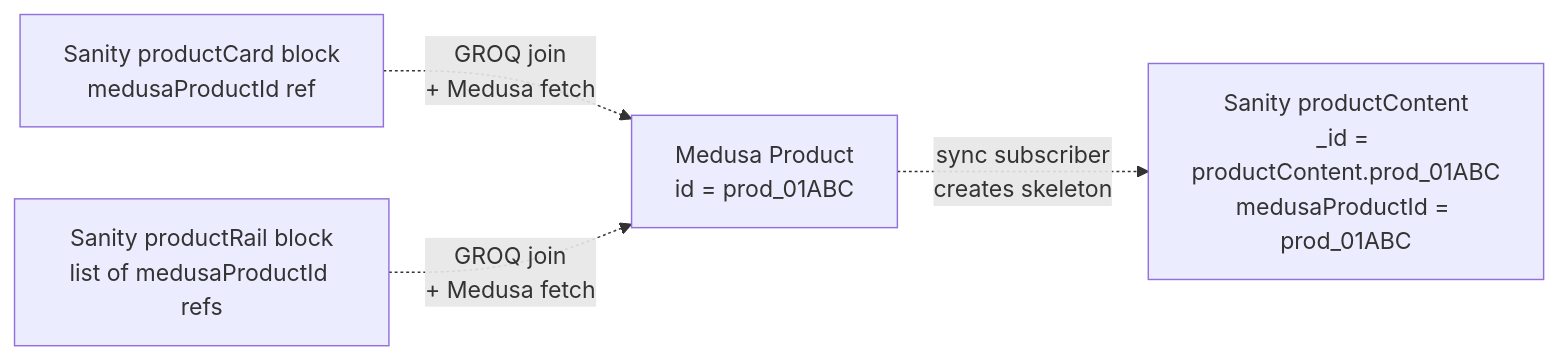
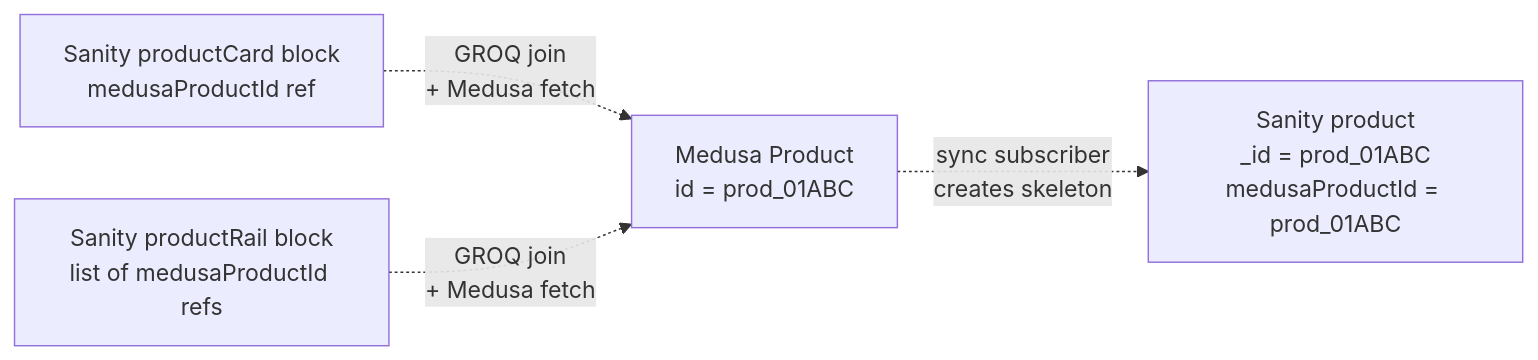
Before and after one commit to t964-agent/vaivae: the seventh of 7 diagrams in docs/architecture.md, drawn with Mermaid. The commit also changed other lines of this file and 14 other files, not shown here.

Commit message:
feat(medusa): add sanity-sync module for one-way product mirror

````diff
--- a/docs/architecture.md
+++ b/docs/architecture.md
@@ -1756,11 +1766,11 @@
 ```mermaid
 graph LR
   M[Medusa Product<br/>id = prod_01ABC]
-  SC[Sanity productContent<br/>_id = productContent.prod_01ABC<br/>medusaProductId = prod_01ABC]
+  SC[Sanity product<br/>_id = prod_01ABC<br/>medusaProductId = prod_01ABC]
   PC[Sanity productCard block<br/>medusaProductId ref]
   PR[Sanity productRail block<br/>list of medusaProductId refs]
 
   M -.->|sync subscriber<br/>creates skeleton| SC
   PC -.->|GROQ join<br/>+ Medusa fetch| M
   PR -.->|GROQ join<br/>+ Medusa fetch| M
 ```
````
